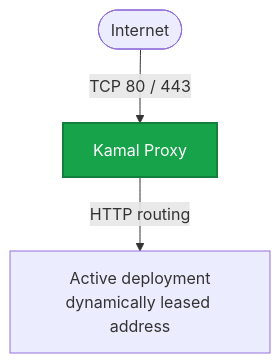
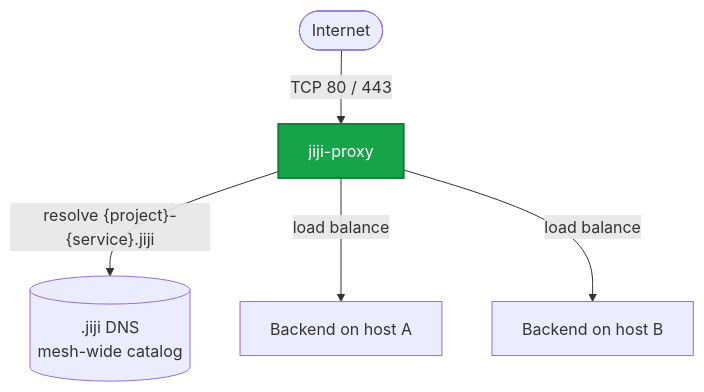
Before and after one commit to acidtib/jiji-website: the diagram in app/docs/reference/proxy/page.mdx, drawn with Mermaid. The commit also changed other lines of this file and 12 other files, not shown here.

Commit message:
Update docs to reflect jiji-proxy rebrand from kamal-proxy

````diff
--- a/app/docs/reference/proxy/page.mdx
+++ b/app/docs/reference/proxy/page.mdx
@@ -14,14 +15,18 @@
 ```mermaid
 flowchart TB
-  accTitle: Kamal Proxy request path
-  accDescr: Internet traffic reaches Kamal Proxy on ports 80 and 443, then routes directly to the current Active deployment's dynamically leased address.
+  accTitle: jiji-proxy request path
+  accDescr: Internet traffic reaches jiji-proxy on ports 80 and 443. jiji-proxy resolves the service's aggregate DNS name mesh-wide and load-balances across every healthy backend it discovers, not just ones on the same host.
   internet([Internet])
-  proxy["Kamal Proxy"]
-  active["Active deployment<br/>dynamically leased address"]
+  proxy["jiji-proxy"]
+  dns[(".jiji DNS<br/>mesh-wide catalog")]
+  b1["Backend on host A"]
+  b2["Backend on host B"]
 
   internet -->|"TCP 80 / 443"| proxy
-  proxy -->|"HTTP routing"| active
+  proxy -->|"resolve {project}-{service}.jiji"| dns
+  proxy -->|"load balance"| b1
+  proxy -->|"load balance"| b2
 
   classDef edge fill:#16a34a,color:#fff,stroke:#15803d,stroke-width:2px
   class proxy edge
 ```
````
